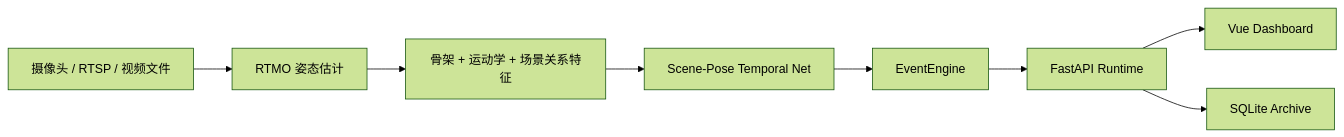
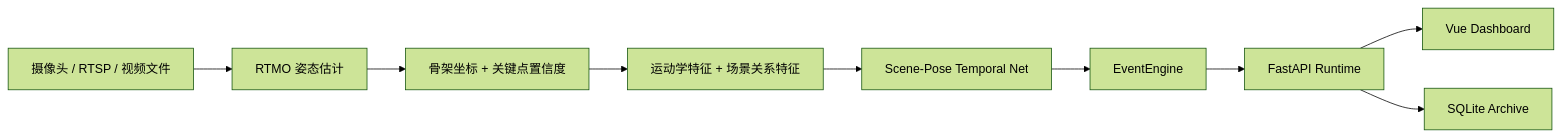
The diagram in README.md (Jpl-hub/huling-guard), drawn with Mermaid (forest theme) before and after one commit. The commit also changed other lines of this file and 2 other files, not shown here.

````diff
--- a/README.md
+++ b/README.md
@@ -30,10 +31,11 @@
 ```mermaid
 flowchart LR
     A[摄像头 / RTSP / 视频文件] --> B[RTMO 姿态估计]
-    B --> C[骨架 + 运动学 + 场景关系特征]
-    C --> D[Scene-Pose Temporal Net]
-    D --> E[EventEngine]
-    E --> F[FastAPI Runtime]
-    F --> G[Vue Dashboard]
-    F --> H[SQLite Archive]
+    B --> C[骨架坐标 + 关键点置信度]
+    C --> D[运动学特征 + 场景关系特征]
+    D --> E[Scene-Pose Temporal Net]
+    E --> F[EventEngine]
+    F --> G[FastAPI Runtime]
+    G --> H[Vue Dashboard]
+    G --> I[SQLite Archive]
 ```
````
